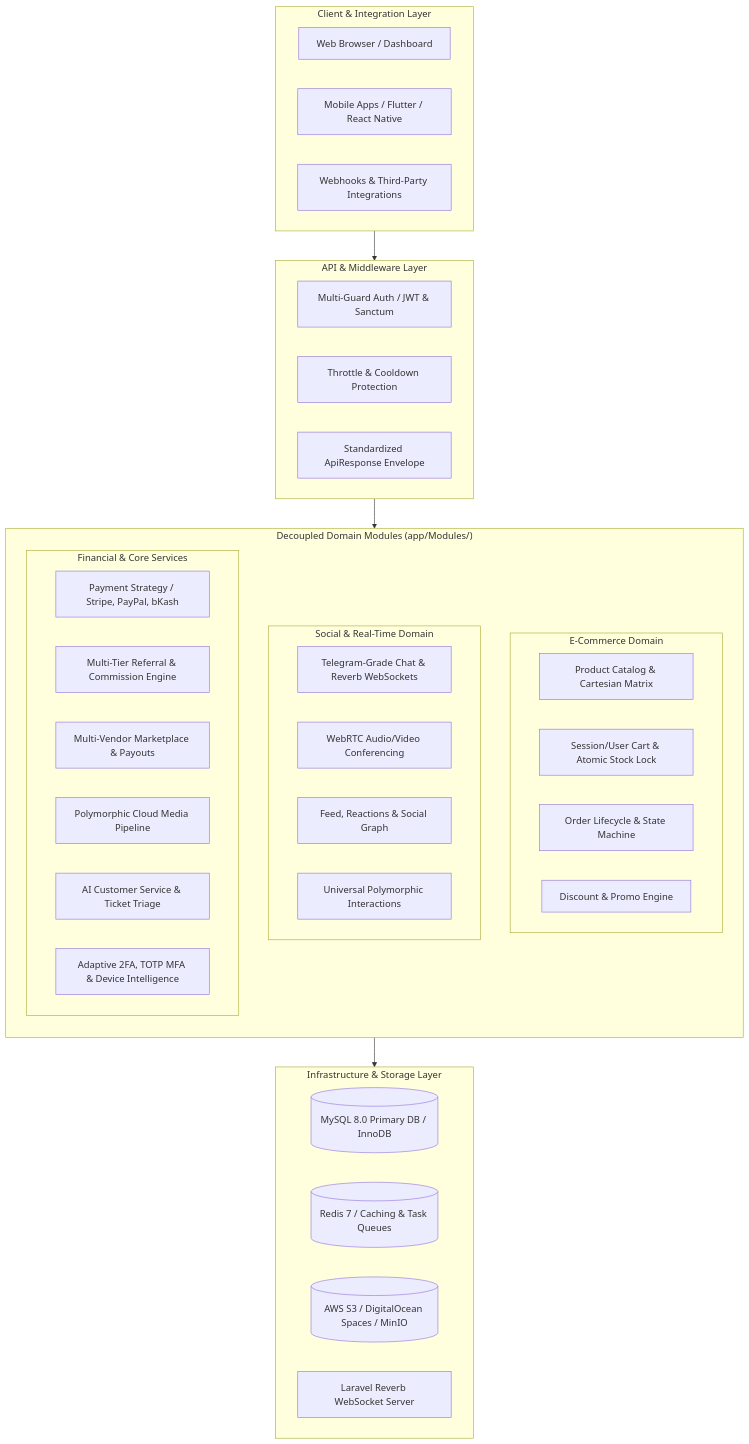
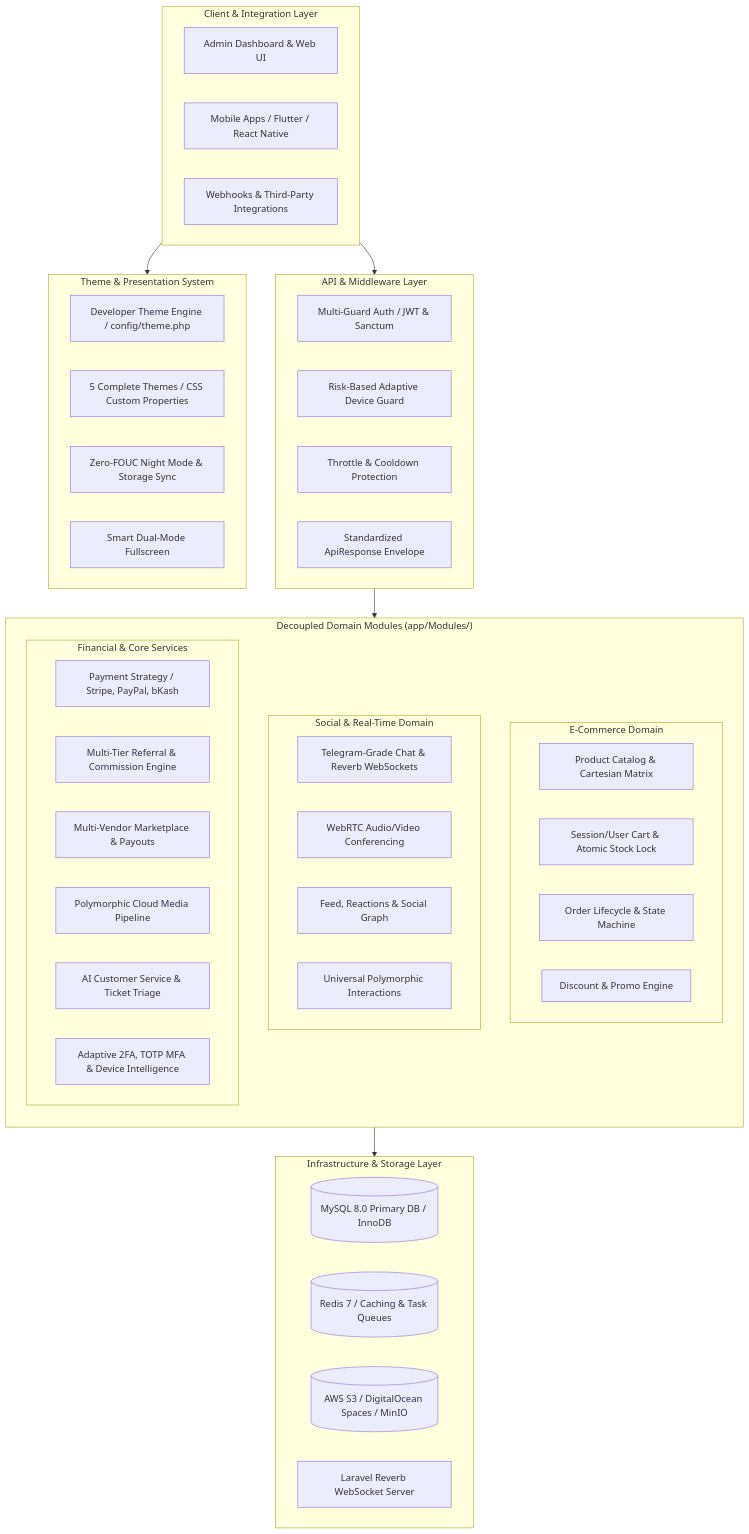
Before and after one commit to sajusun/OmniCore: the diagram in README.md, drawn with Mermaid. The commit also changed other lines of this file, not shown here.

````diff
--- a/README.md
+++ b/README.md
@@ -30,51 +31,60 @@
 ```mermaid
 flowchart TB
     subgraph ClientLayer["Client & Integration Layer"]
-        Web[Web Browser / Dashboard]
+        Web[Admin Dashboard & Web UI]
         Mobile[Mobile Apps / Flutter / React Native]
         ThirdParty[Webhooks & Third-Party Integrations]
     end
 
     subgraph GatewayLayer["API & Middleware Layer"]
         AuthGuard[Multi-Guard Auth / JWT & Sanctum]
+        AdaptiveGuard[Risk-Based Adaptive Device Guard]
         RateLimit[Throttle & Cooldown Protection]
         ResponseEnvelope[Standardized ApiResponse Envelope]
+    end
+
+    subgraph ThemeAndUI["Theme & Presentation System"]
+        ThemeEngine[Developer Theme Engine / config/theme.php]
+        DesignTokens[5 Complete Themes / CSS Custom Properties]
+        NightMode[Zero-FOUC Night Mode & Storage Sync]
+        FullscreenEngine[Smart Dual-Mode Fullscreen]
     end
 
     subgraph DomainModules["Decoupled Domain Modules (app/Modules/)"]
         direction TB
         subgraph Commerce["E-Commerce Domain"]
             ProductModule[Product Catalog & Cartesian Matrix]
             CartModule[Session/User Cart & Atomic Stock Lock]
             OrderModule[Order Lifecycle & State Machine]
             CouponModule[Discount & Promo Engine]
         end
 
         subgraph SocialAndRealtime["Social & Real-Time Domain"]
             ChatModule[Telegram-Grade Chat & Reverb WebSockets]
             CallModule[WebRTC Audio/Video Conferencing]
             PostModule[Feed, Reactions & Social Graph]
             InteractionModule[Universal Polymorphic Interactions]
         end
 
         subgraph FinancialAndCore["Financial & Core Services"]
             PaymentModule[Payment Strategy / Stripe, PayPal, bKash]
             AffiliateModule[Multi-Tier Referral & Commission Engine]
             VendorModule[Multi-Vendor Marketplace & Payouts]
             MediaModule[Polymorphic Cloud Media Pipeline]
             AIModule[AI Customer Service & Ticket Triage]
             AdaptiveAuthModule[Adaptive 2FA, TOTP MFA & Device Intelligence]
         end
     end
 
     subgraph InfrastructureLayer["Infrastructure & Storage Layer"]
         MySQL[(MySQL 8.0 Primary DB / InnoDB)]
         Redis[(Redis 7 / Caching & Task Queues)]
         CloudStorage[(AWS S3 / DigitalOcean Spaces / MinIO)]
         ReverbWS[Laravel Reverb WebSocket Server]
     end
 
     ClientLayer --> GatewayLayer
+    ClientLayer --> ThemeAndUI
     GatewayLayer --> DomainModules
     DomainModules --> InfrastructureLayer
 ```
````
